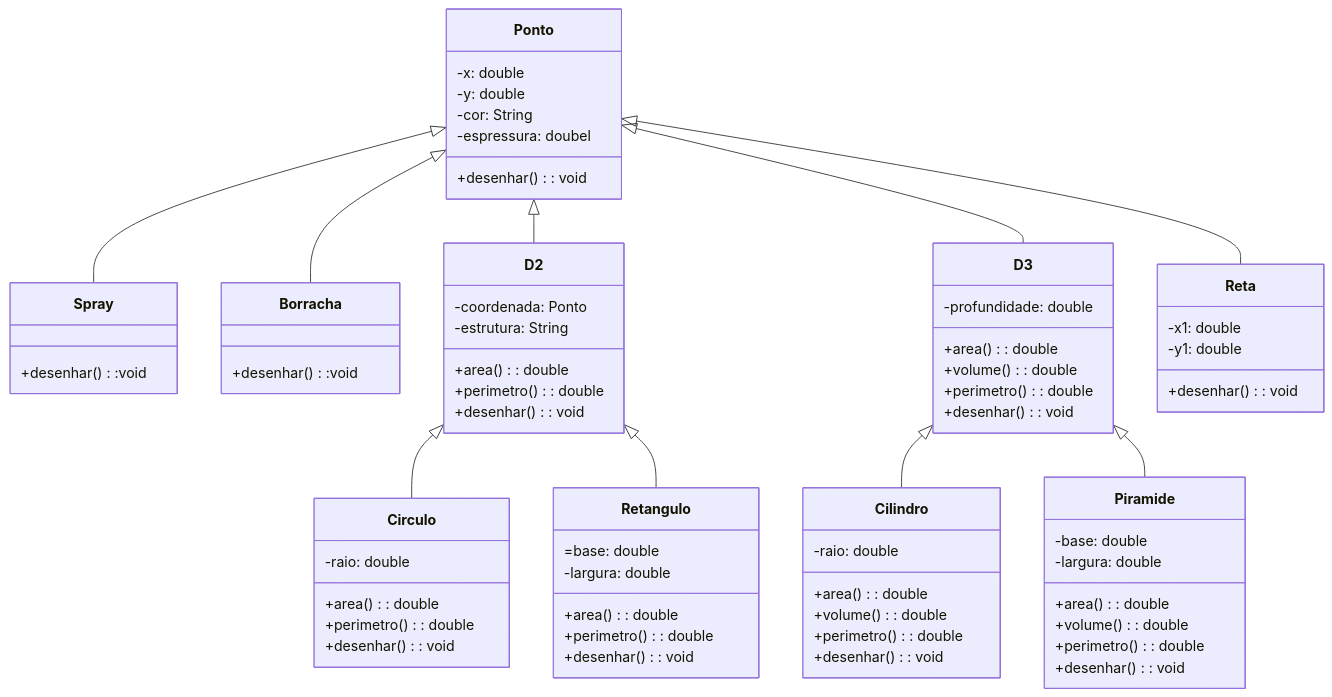
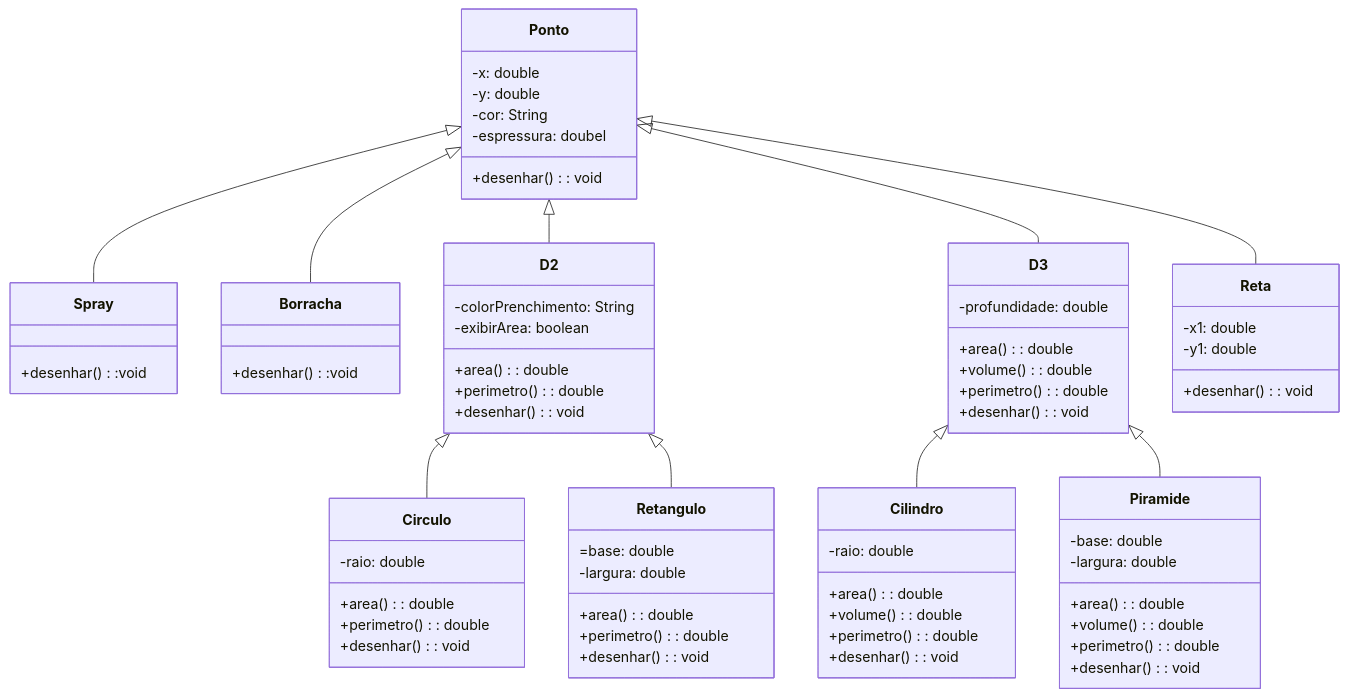
The diagram in README.md (StephanyeCunto/PaintBrush), drawn with Mermaid before and after one commit. The commit also changed 20 other files, not shown here.

````diff
--- a/README.md
+++ b/README.md
@@ -71,82 +71,82 @@
 ```mermaid
 classDiagram
     class Ponto {
         -x: double
         -y: double
         -cor: String
          -espressura: doubel
         +desenhar(): void
     }
 
 class Spray{
    +desenhar():void
 }
 
 class Borracha{
    +desenhar():void
 }
 
     class D2 {
-        -coordenada: Ponto
-        -estrutura: String
+        -colorPrenchimento: String
+        -exibirArea: boolean
         +area(): double
         +perimetro(): double
         +desenhar(): void
     }
 
     class D3 {
         -profundidade: double
         +area(): double
         +volume(): double
         +perimetro(): double
         +desenhar(): void
     }
 
     class Reta {
         -x1: double
         -y1: double
         +desenhar(): void
     }
 
     class Circulo {
         -raio: double
         +area(): double
         +perimetro(): double
         +desenhar(): void
     }
 
     class Retangulo {
         =base: double
         -largura: double
         +area(): double
         +perimetro(): double
         +desenhar(): void
     }
 
     class Cilindro {
         -raio: double
         +area(): double
         +volume(): double
         +perimetro(): double
         +desenhar(): void
     }
 
     class Piramide {
         -base: double
         -largura: double
         +area(): double
         +volume(): double
         +perimetro(): double
         +desenhar(): void
     }
 
     Ponto <|-- D2
     Ponto <|-- D3
     Ponto <|-- Reta
 Ponto<|-- Spray
    Ponto<|-- Borracha
     D2 <|-- Circulo
     D2 <|-- Retangulo
     D3 <|-- Cilindro
     D3 <|-- Piramide
 ```
````
